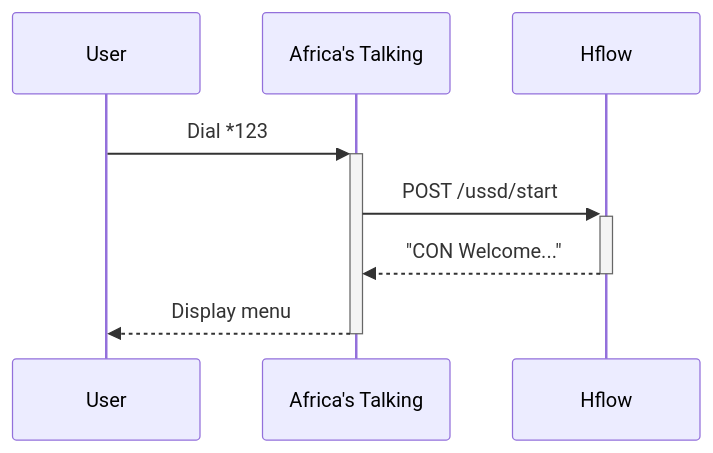
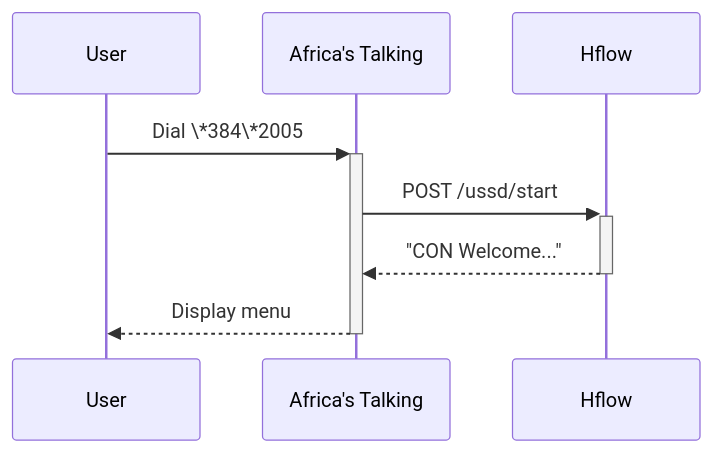
The second of 5 diagrams in docs/ARCHITECTURE.MD (Modexia-Tech/hflow), drawn with Mermaid before and after one commit. The commit also changed other lines of this file, not shown here.

````diff
--- a/docs/ARCHITECTURE.MD
+++ b/docs/ARCHITECTURE.MD
@@ -24,7 +24,7 @@
   ```mermaid
   sequenceDiagram
-      User->>+Africa's Talking: Dial *123#
+      User->>+Africa's Talking: Dial \*384\*2005#
       Africa's Talking->>+Hflow: POST /ussd/start
       Hflow-->>-Africa's Talking: "CON Welcome..."
       Africa's Talking-->>-User: Display menu
   ```
````
